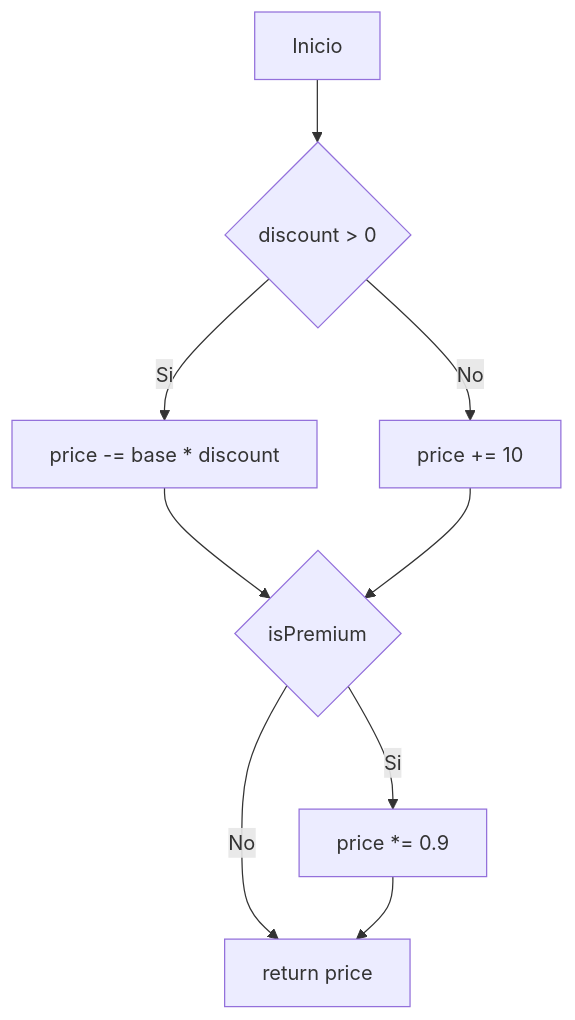
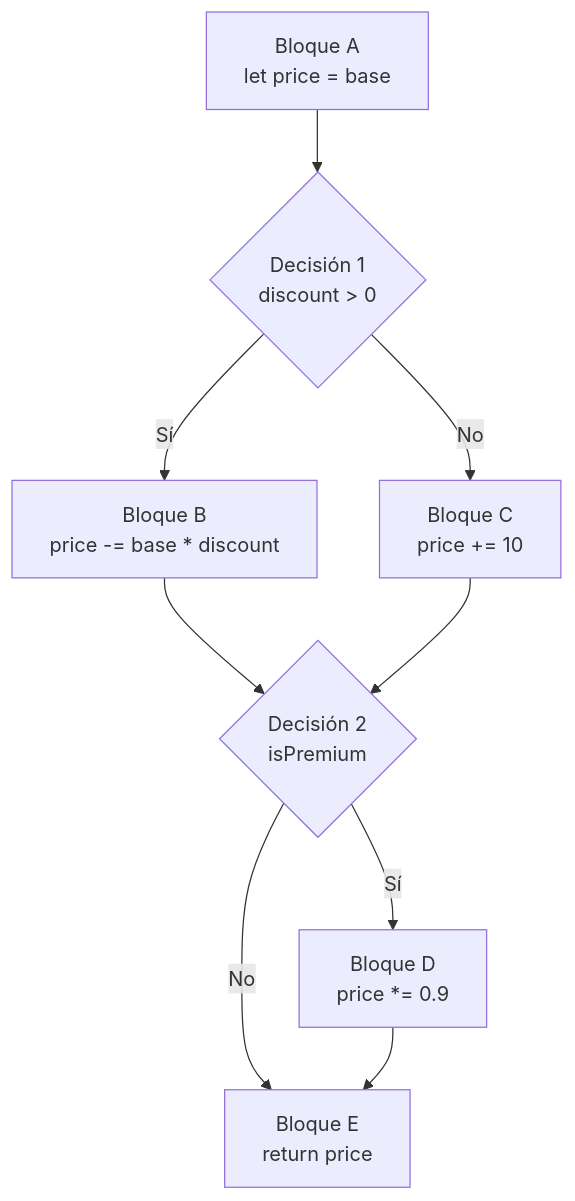
One commit to joshuacba08/qa-engineering-book changed the third of 4 diagrams in parte2-tecnicas-clave/04-testing-estructural-y-cobertura.md. Above: the diagram before and after it, drawn with Mermaid. The commit also changed other lines of this file, not shown here.

````diff
--- a/parte2-tecnicas-clave/04-testing-estructural-y-cobertura.md
+++ b/parte2-tecnicas-clave/04-testing-estructural-y-cobertura.md
@@ -87,11 +143,11 @@
 ```mermaid
 graph TD
-    A[Inicio] --> B{discount > 0}
-    B -->|Si| C[price -= base * discount]
-    B -->|No| D[price += 10]
-    C --> E{isPremium}
+    A["Bloque A<br/>let price = base"] --> D1{"Decisión 1<br/>discount > 0"}
+    D1 -->|"Sí"| B["Bloque B<br/>price -= base * discount"]
+    D1 -->|"No"| C["Bloque C<br/>price += 10"]
+    B --> D2{"Decisión 2<br/>isPremium"}
+    C --> D2
+    D2 -->|"Sí"| D["Bloque D<br/>price *= 0.9"]
+    D2 -->|"No"| E["Bloque E<br/>return price"]
     D --> E
-    E -->|Si| F[price *= 0.9]
-    E -->|No| G[return price]
-    F --> G
 ```
````
